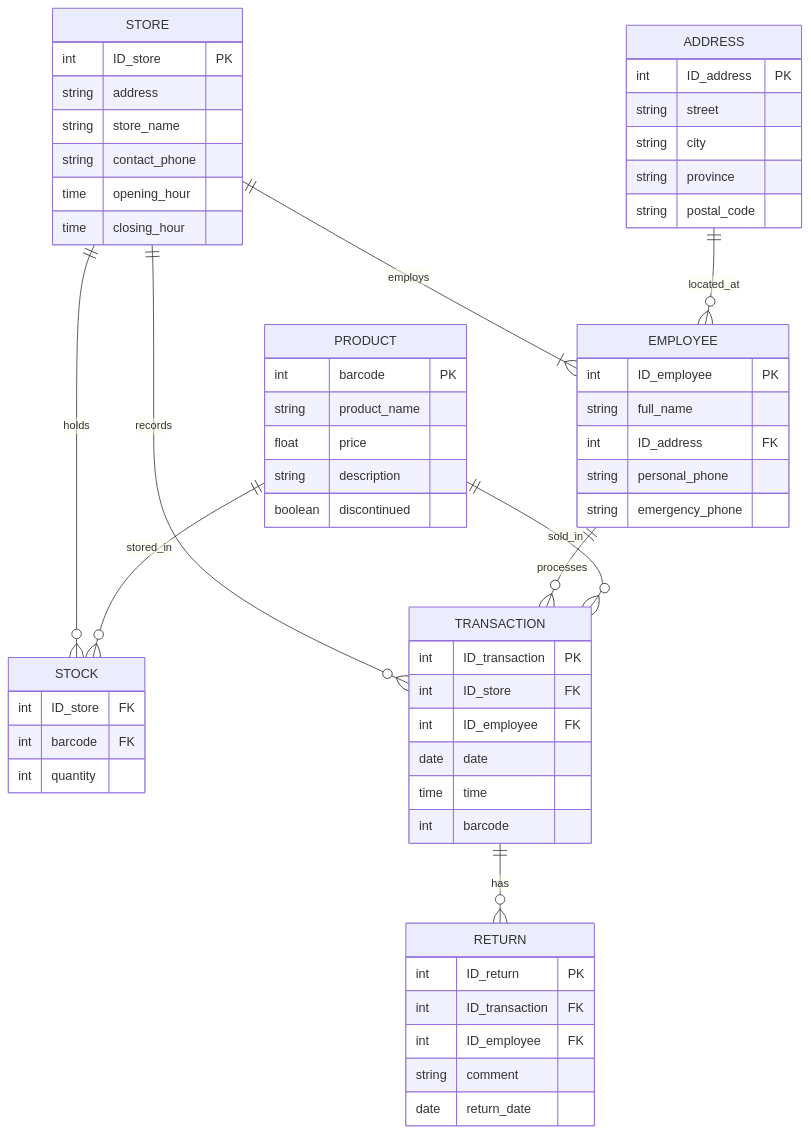
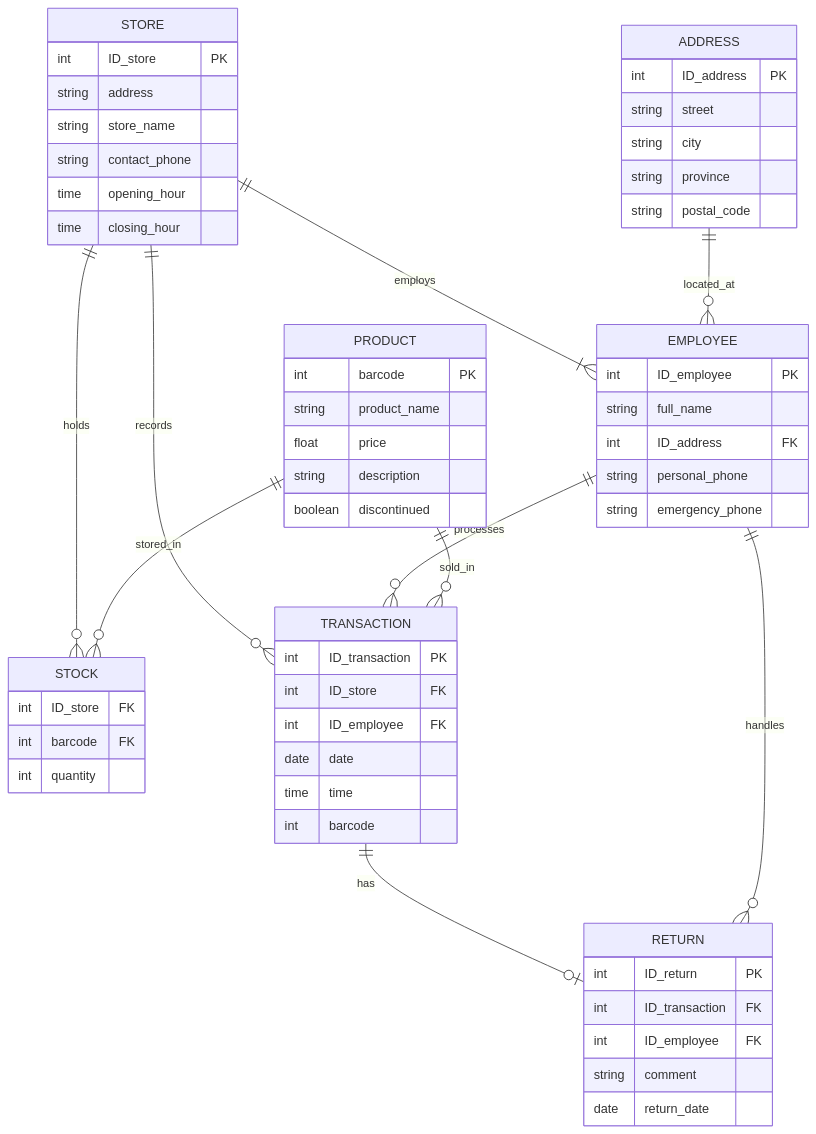
The seventh of 7 diagrams in 99-archive/college/ases/grosman/03-entity-relationship_problems.md (braz9LKDI/gray_vault), drawn with Mermaid before and after one commit. The commit also changed other lines of this file and 42 other files, not shown here.

````diff
--- a/99-archive/college/ases/grosman/03-entity-relationship_problems.md
+++ b/99-archive/college/ases/grosman/03-entity-relationship_problems.md
@@ -315,67 +316,68 @@
     ```mermaid
     erDiagram
     STORE {
         int ID_store PK
         string address
         string store_name
         string contact_phone
         time opening_hour
         time closing_hour
     }
 
     ADDRESS {
         int ID_address PK
         string street
         string city
         string province
         string postal_code
     }
 
     EMPLOYEE {
         int ID_employee PK
         string full_name
         int ID_address FK
         string personal_phone
         string emergency_phone
     }
 
     PRODUCT {
         int barcode PK
         string product_name
         float price
         string description
         boolean discontinued
     }
 
     STOCK {
         int ID_store FK
         int barcode FK
         int quantity
     }
 
     TRANSACTION {
         int ID_transaction PK
         int ID_store FK
         int ID_employee FK
         date date
         time time
         int barcode
     }
 
     RETURN {
         int ID_return PK
         int ID_transaction FK
         int ID_employee FK
         string comment
         date return_date
     }
 
     STORE ||--|{ EMPLOYEE : employs
     STORE ||--o{ TRANSACTION : records
     EMPLOYEE ||--o{ TRANSACTION : processes
     PRODUCT ||--o{ TRANSACTION : sold_in
     ADDRESS ||--o{ EMPLOYEE : located_at
-    TRANSACTION ||--o{ RETURN : has
+    TRANSACTION ||--o| RETURN : has
+    EMPLOYEE ||--o{ RETURN : handles
     STORE ||--o{ STOCK : holds
     PRODUCT ||--o{ STOCK : stored_in
     ```
````
